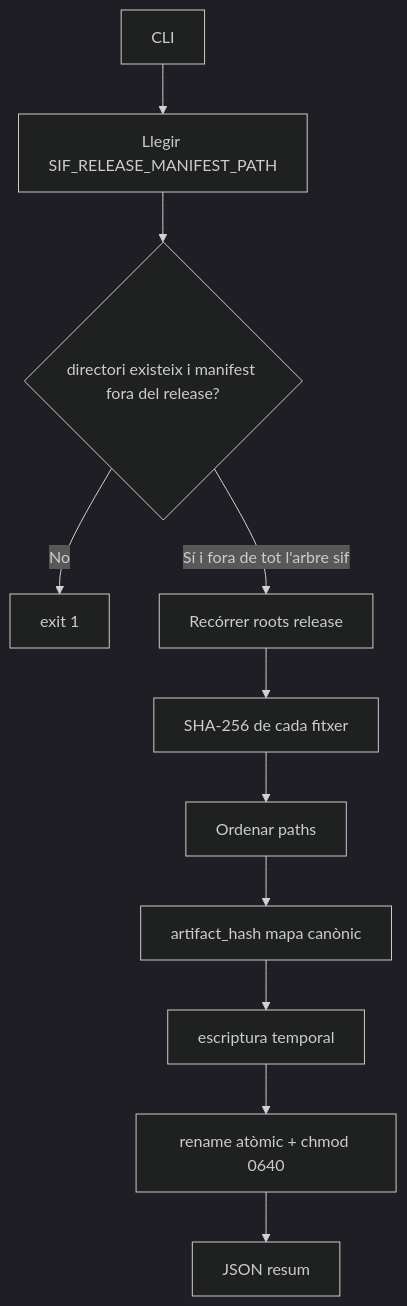
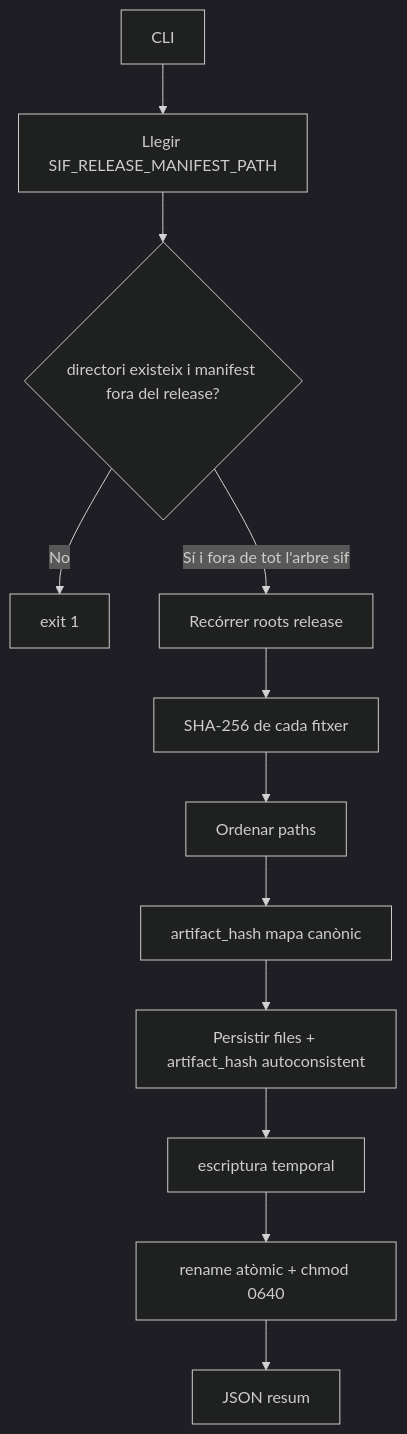
Before and after one commit to orgmeriemprismacat-del/verifactu: the ninth of 11 diagrams in documentacio/07-uml-integrat/uc-010-activitats-pagines-actual-final.md, drawn with Mermaid (dark theme). The commit also changed other lines of this file, not shown here.

````diff
--- a/documentacio/07-uml-integrat/uc-010-activitats-pagines-actual-final.md
+++ b/documentacio/07-uml-integrat/uc-010-activitats-pagines-actual-final.md
@@ -171,13 +180,14 @@
 ```mermaid
 flowchart TD
 A[CLI] --> B[Llegir SIF_RELEASE_MANIFEST_PATH]
 B --> C{directori existeix i manifest fora del release?}
 C -->|No| D[exit 1]
 C -->|Sí i fora de tot l'arbre sif| E[Recórrer roots release]
 E --> F[SHA-256 de cada fitxer]
 F --> G[Ordenar paths]
 G --> H[artifact_hash mapa canònic]
-H --> I[escriptura temporal]
+H --> H2[Persistir files + artifact_hash autoconsistent]
+H2 --> I[escriptura temporal]
 I --> J[rename atòmic + chmod 0640]
 J --> K[JSON resum]
 ```
````
